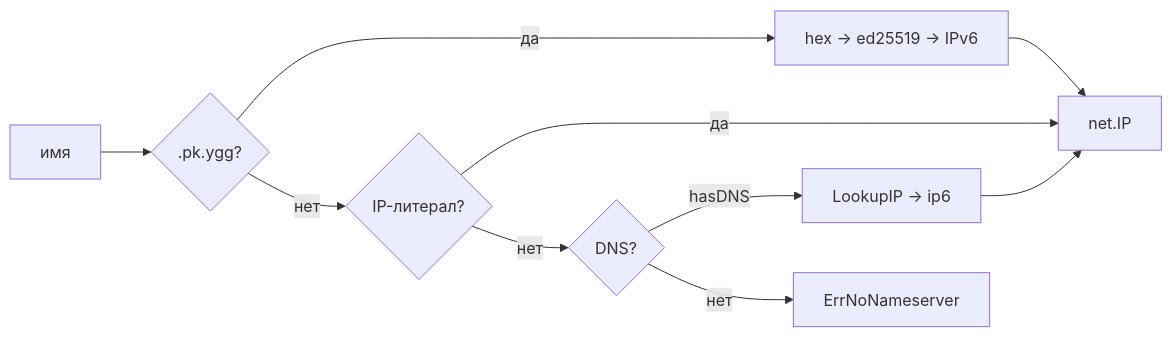
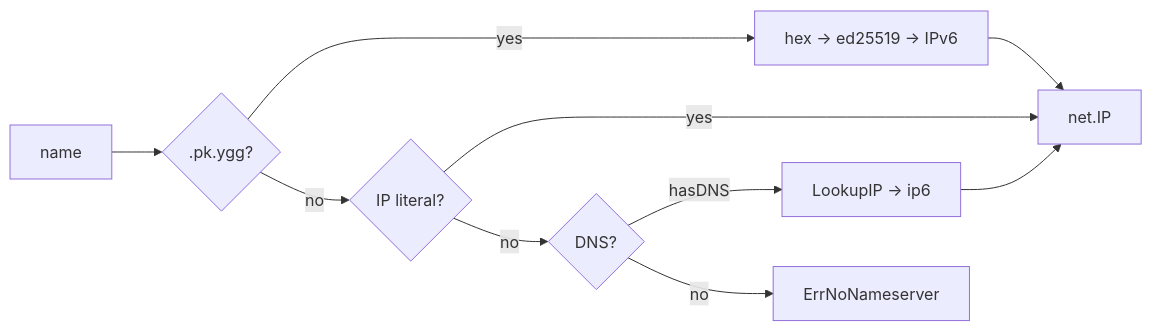
The diagram in mod/resolver/README.md (voluminor/ratatoskr), drawn with Mermaid before and after one commit. The commit also changed other lines of this file and 6 other files, not shown here.

````diff
--- a/mod/resolver/README.md
+++ b/mod/resolver/README.md
@@ -21,12 +21,12 @@
 ```mermaid
 flowchart LR
-    Name["имя"] --> PkYgg{".pk.ygg?"}
-    PkYgg -->|" да "| Decode["hex → ed25519 → IPv6"]
-    PkYgg -->|" нет "| IPLit{"IP-литерал?"}
-    IPLit -->|" да "| Return["net.IP"]
-    IPLit -->|" нет "| DNS{"DNS?"}
+    Name["name"] --> PkYgg{".pk.ygg?"}
+    PkYgg -->|" yes "| Decode["hex → ed25519 → IPv6"]
+    PkYgg -->|" no "| IPLit{"IP literal?"}
+    IPLit -->|" yes "| Return["net.IP"]
+    IPLit -->|" no "| DNS{"DNS?"}
     DNS -->|" hasDNS "| Lookup["LookupIP → ip6"]
-    DNS -->|" нет "| Err["ErrNoNameserver"]
+    DNS -->|" no "| Err["ErrNoNameserver"]
     Decode --> Return
     Lookup --> Return
 ```
````
